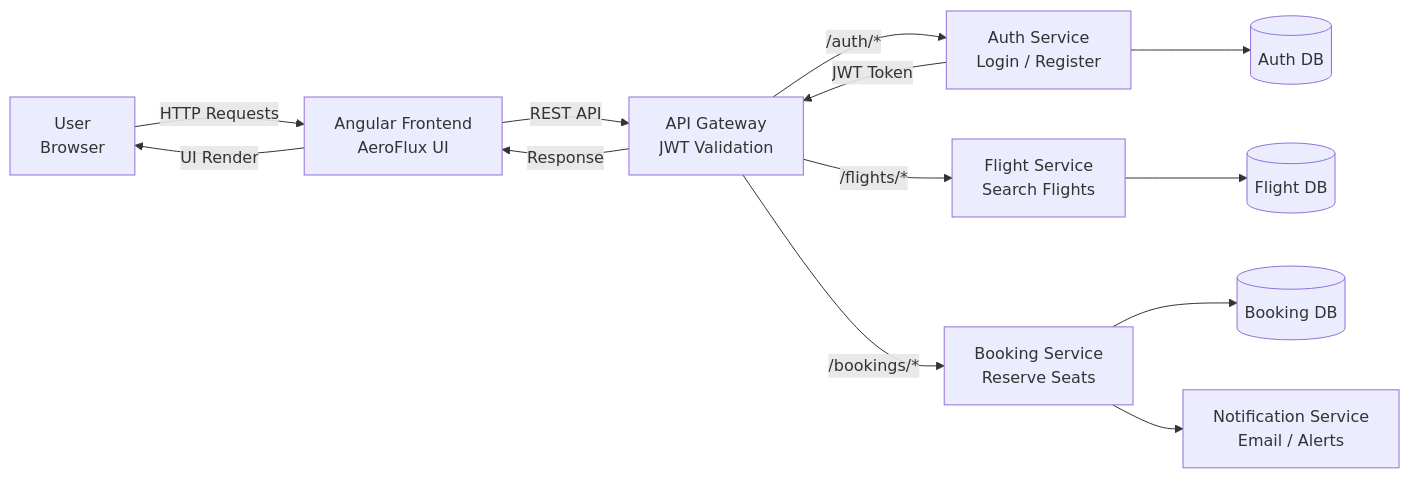
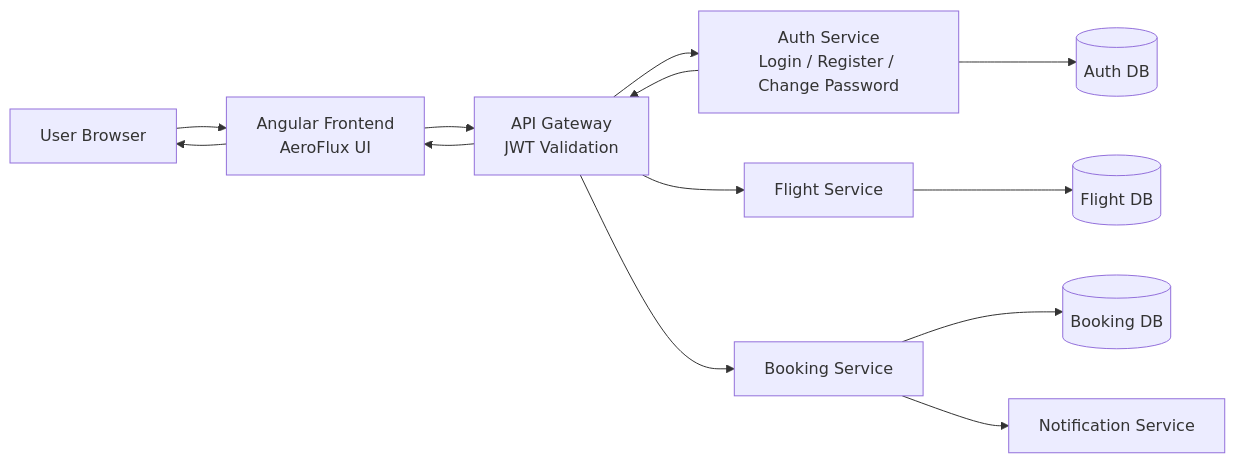
The diagram in README.md (saksham-0425/CHUBB_flight-booking-frontend), drawn with Mermaid before and after one commit. The commit also changed other lines of this file, not shown here.

````diff
--- a/README.md
+++ b/README.md
@@ -37,43 +60,41 @@
 ```mermaid
 flowchart LR
     %% User
-    U[User<br/>Browser]
+    U[User Browser]
 
     %% Frontend
     FE[Angular Frontend<br/>AeroFlux UI]
 
     %% API Gateway
     GW[API Gateway<br/>JWT Validation]
 
     %% Auth
-    AUTH[Auth Service<br/>Login / Register]
+    AUTH[Auth Service<br/>Login / Register / Change Password]
 
     %% Core Services
-    FLIGHT[Flight Service<br/>Search Flights]
-    BOOK[Booking Service<br/>Reserve Seats]
-    NOTIF[Notification Service<br/>Email / Alerts]
+    FLIGHT[Flight Service]
+    BOOK[Booking Service]
+    NOTIF[Notification Service]
 
     %% Databases
     AUTHDB[(Auth DB)]
     FLIGHTDB[(Flight DB)]
     BOOKDB[(Booking DB)]
 
-    %% Flow
-    U -->|HTTP Requests| FE
-    FE -->|REST API| GW
+    U --> FE
+    FE --> GW
 
-    GW -->|/auth/*| AUTH
-    GW -->|/flights/*| FLIGHT
-    GW -->|/bookings/*| BOOK
+    GW --> AUTH
+    GW --> FLIGHT
+    GW --> BOOK
 
     AUTH --> AUTHDB
     FLIGHT --> FLIGHTDB
     BOOK --> BOOKDB
 
     BOOK --> NOTIF
 
-    %% Responses
-    AUTH -->|JWT Token| GW
-    GW -->|Response| FE
-    FE -->|UI Render| U
+    AUTH --> GW
+    GW --> FE
+    FE --> U
 ```
````
